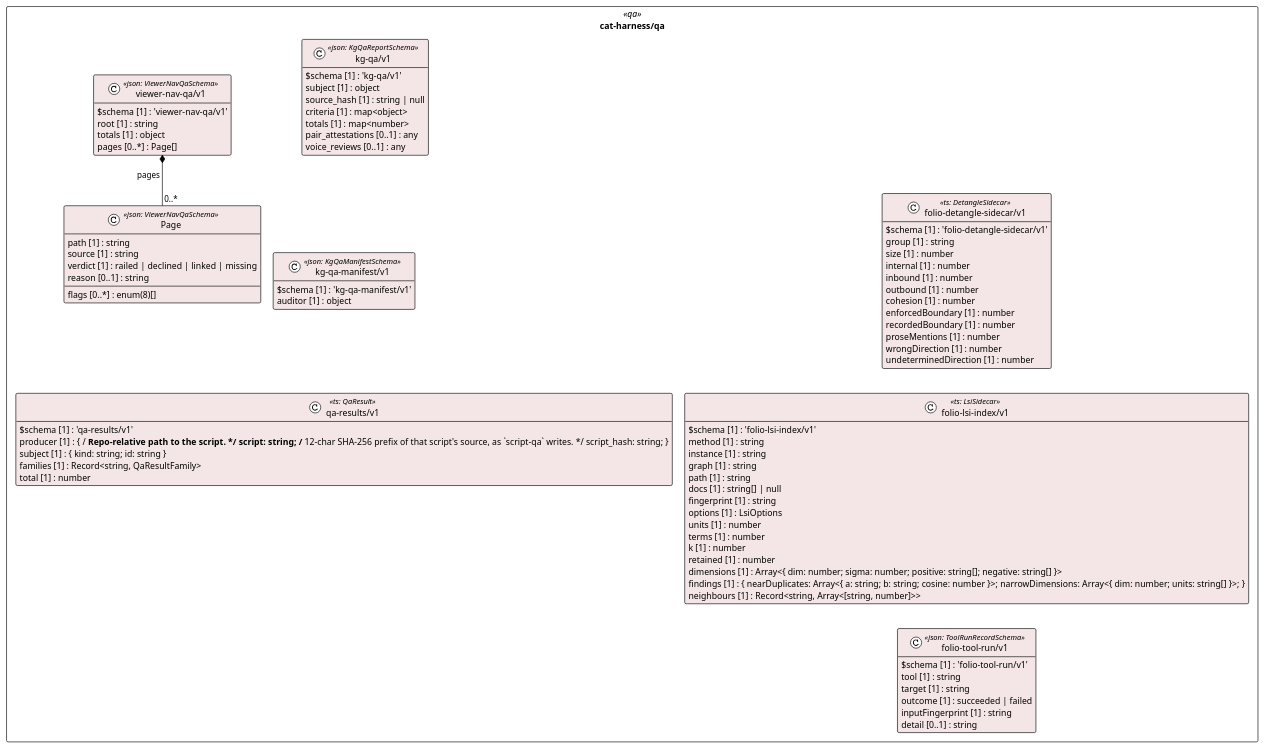
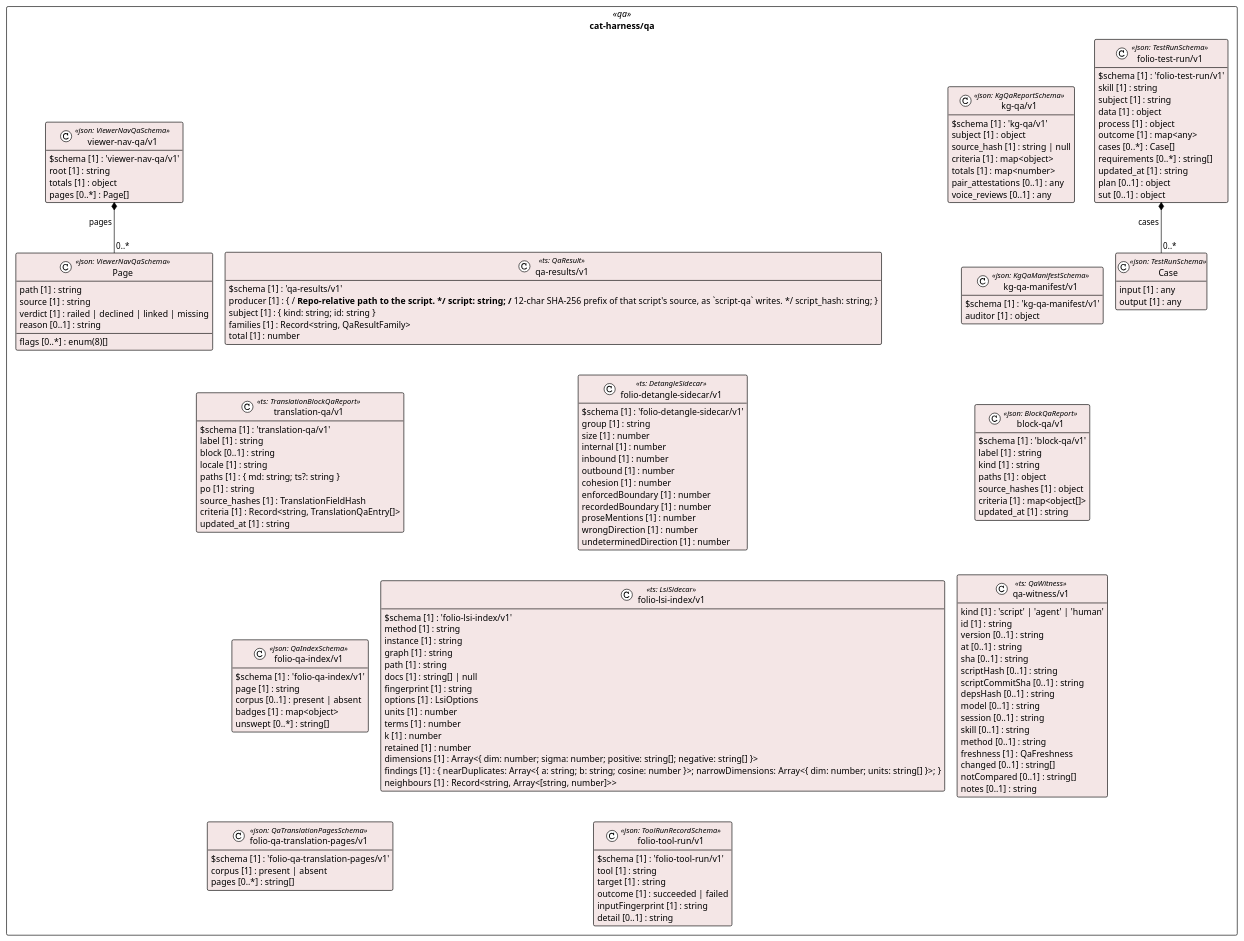
The diagram in cat-harness/uml/overview/cat-harness/qa.puml (litlfred/folio-assistant), drawn with PlantUML before and after one commit. The commit also changed 10 other files, not shown here.

First line of the commit message:
site.ts names no downstream instance; uml:overview from a computed QA tree

```diff
--- a/cat-harness/uml/overview/cat-harness/qa.puml
+++ b/cat-harness/uml/overview/cat-harness/qa.puml
@@ -3,85 +3,153 @@
 @startuml cat_harness_qa
 !pragma layout elk
 !theme plain
 skinparam classAttributeIconSize 0
 skinparam shadowing false
 skinparam packageStyle rectangle
 hide empty methods
 
 package "cat-harness/qa" as pkg_cat_harness_qa <<qa>> {
   class "kg-qa/v1" as cat_harness_qa_kg_qa_v1_kg_qa_v1 <<json: KgQaReportSchema>> #f4e6e6 {
     $schema [1] : 'kg-qa/v1'
     subject [1] : object
     source_hash [1] : string | null
     criteria [1] : map<object>
     totals [1] : map<number>
     pair_attestations [0..1] : any
     voice_reviews [0..1] : any
   }
   class "kg-qa-manifest/v1" as cat_harness_qa_kg_qa_manifest_v1_kg_qa_manifest_v1 <<json: KgQaManifestSchema>> #f4e6e6 {
     $schema [1] : 'kg-qa-manifest/v1'
     auditor [1] : object
   }
+  class "block-qa/v1" as cat_harness_qa_block_qa_v1_block_qa_v1 <<json: BlockQaReport>> #f4e6e6 {
+    $schema [1] : 'block-qa/v1'
+    label [1] : string
+    kind [1] : string
+    paths [1] : object
+    source_hashes [1] : object
+    criteria [1] : map<object[]>
+    updated_at [1] : string
+  }
+  class "Case" as cat_harness_qa_folio_test_run_v1_Case <<json: TestRunSchema>> #f4e6e6 {
+    input [1] : any
+    output [1] : any
+  }
+  class "folio-test-run/v1" as cat_harness_qa_folio_test_run_v1_folio_test_run_v1 <<json: TestRunSchema>> #f4e6e6 {
+    $schema [1] : 'folio-test-run/v1'
+    skill [1] : string
+    subject [1] : string
+    data [1] : object
+    process [1] : object
+    outcome [1] : map<any>
+    cases [0..*] : Case[]
+    requirements [0..*] : string[]
+    updated_at [1] : string
+    plan [0..1] : object
+    sut [0..1] : object
+  }
+  class "qa-witness/v1" as cat_harness_qa_qa_witness_v1 <<ts: QaWitness>> #f4e6e6 {
+    kind [1] : 'script' | 'agent' | 'human'
+    id [1] : string
+    version [0..1] : string
+    at [0..1] : string
+    sha [0..1] : string
+    scriptHash [0..1] : string
+    scriptCommitSha [0..1] : string
+    depsHash [0..1] : string
+    model [0..1] : string
+    session [0..1] : string
+    skill [0..1] : string
+    method [0..1] : string
+    freshness [1] : QaFreshness
+    changed [0..1] : string[]
+    notCompared [0..1] : string[]
+    notes [0..1] : string
+  }
   class "qa-results/v1" as cat_harness_qa_qa_results_v1 <<ts: QaResult>> #f4e6e6 {
     $schema [1] : 'qa-results/v1'
     producer [1] : { /** Repo-relative path to the script. */ script: string; /** 12-char SHA-256 prefix of that script's source, as `script-qa` writes. */ script_hash: string; }
     subject [1] : { kind: string; id: string }
     families [1] : Record<string, QaResultFamily>
     total [1] : number
+  }
+  class "translation-qa/v1" as cat_harness_qa_translation_qa_v1 <<ts: TranslationBlockQaReport>> #f4e6e6 {
+    $schema [1] : 'translation-qa/v1'
+    label [1] : string
+    block [0..1] : string
+    locale [1] : string
+    paths [1] : { md: string; ts?: string }
+    po [1] : string
+    source_hashes [1] : TranslationFieldHash
+    criteria [1] : Record<string, TranslationQaEntry[]>
+    updated_at [1] : string
+  }
+  class "folio-qa-index/v1" as cat_harness_qa_folio_qa_index_v1_folio_qa_index_v1 <<json: QaIndexSchema>> #f4e6e6 {
+    $schema [1] : 'folio-qa-index/v1'
+    page [1] : string
+    corpus [0..1] : present | absent
+    badges [1] : map<object>
+    unswept [0..*] : string[]
+  }
+  class "folio-qa-translation-pages/v1" as cat_harness_qa_folio_qa_translation_pages_v1_folio_qa_translation_pages_v1 <<json: QaTranslationPagesSchema>> #f4e6e6 {
+    $schema [1] : 'folio-qa-translation-pages/v1'
+    corpus [1] : present | absent
+    pages [0..*] : string[]
   }
   class "folio-detangle-sidecar/v1" as cat_harness_qa_folio_detangle_sidecar_v1 <<ts: DetangleSidecar>> #f4e6e6 {
     $schema [1] : 'folio-detangle-sidecar/v1'
     group [1] : string
     size [1] : number
     internal [1] : number
     inbound [1] : number
     outbound [1] : number
     cohesion [1] : number
     enforcedBoundary [1] : number
     recordedBoundary [1] : number
     proseMentions [1] : number
     wrongDirection [1] : number
     undeterminedDirection [1] : number
   }
   class "folio-lsi-index/v1" as cat_harness_qa_folio_lsi_index_v1 <<ts: LsiSidecar>> #f4e6e6 {
     $schema [1] : 'folio-lsi-index/v1'
     method [1] : string
     instance [1] : string
     graph [1] : string
     path [1] : string
     docs [1] : string[] | null
     fingerprint [1] : string
     options [1] : LsiOptions
     units [1] : number
     terms [1] : number
     k [1] : number
     retained [1] : number
     dimensions [1] : Array<{ dim: number; sigma: number; positive: string[]; negative: string[] }>
     findings [1] : { nearDuplicates: Array<{ a: string; b: string; cosine: number }>; narrowDimensions: Array<{ dim: number; units: string[] }>; }
     neighbours [1] : Record<string, Array<[string, number]>>
   }
   class "folio-tool-run/v1" as cat_harness_qa_folio_tool_run_v1_folio_tool_run_v1 <<json: ToolRunRecordSchema>> #f4e6e6 {
     $schema [1] : 'folio-tool-run/v1'
     tool [1] : string
     target [1] : string
     outcome [1] : succeeded | failed
     inputFingerprint [1] : string
     detail [0..1] : string
   }
   class "Page" as cat_harness_qa_viewer_nav_qa_v1_Page <<json: ViewerNavQaSchema>> #f4e6e6 {
     path [1] : string
     source [1] : string
     verdict [1] : railed | declined | linked | missing
     reason [0..1] : string
     flags [0..*] : enum(8)[]
   }
   class "viewer-nav-qa/v1" as cat_harness_qa_viewer_nav_qa_v1_viewer_nav_qa_v1 <<json: ViewerNavQaSchema>> #f4e6e6 {
     $schema [1] : 'viewer-nav-qa/v1'
     root [1] : string
     totals [1] : object
     pages [0..*] : Page[]
   }
 }
 
+cat_harness_qa_folio_test_run_v1_folio_test_run_v1 *-- "0..*" cat_harness_qa_folio_test_run_v1_Case : cases
 cat_harness_qa_viewer_nav_qa_v1_viewer_nav_qa_v1 *-- "0..*" cat_harness_qa_viewer_nav_qa_v1_Page : pages
 @enduml
```
